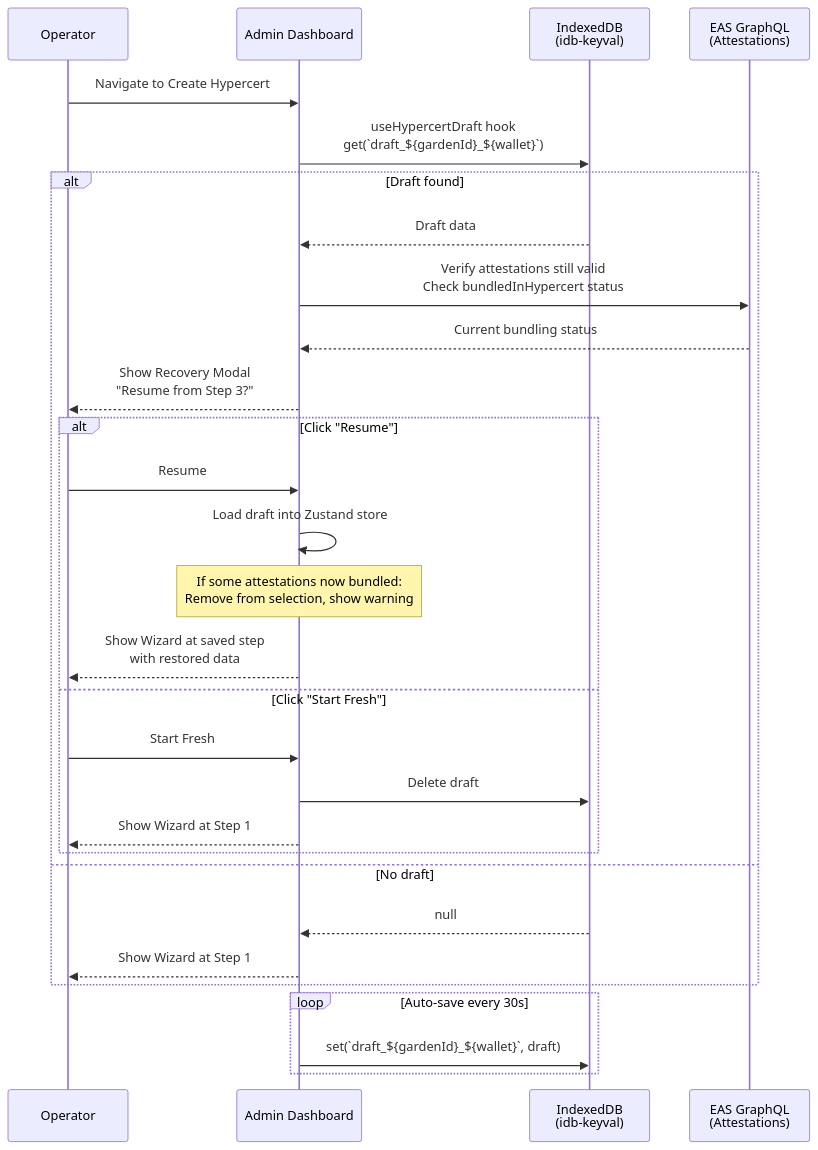
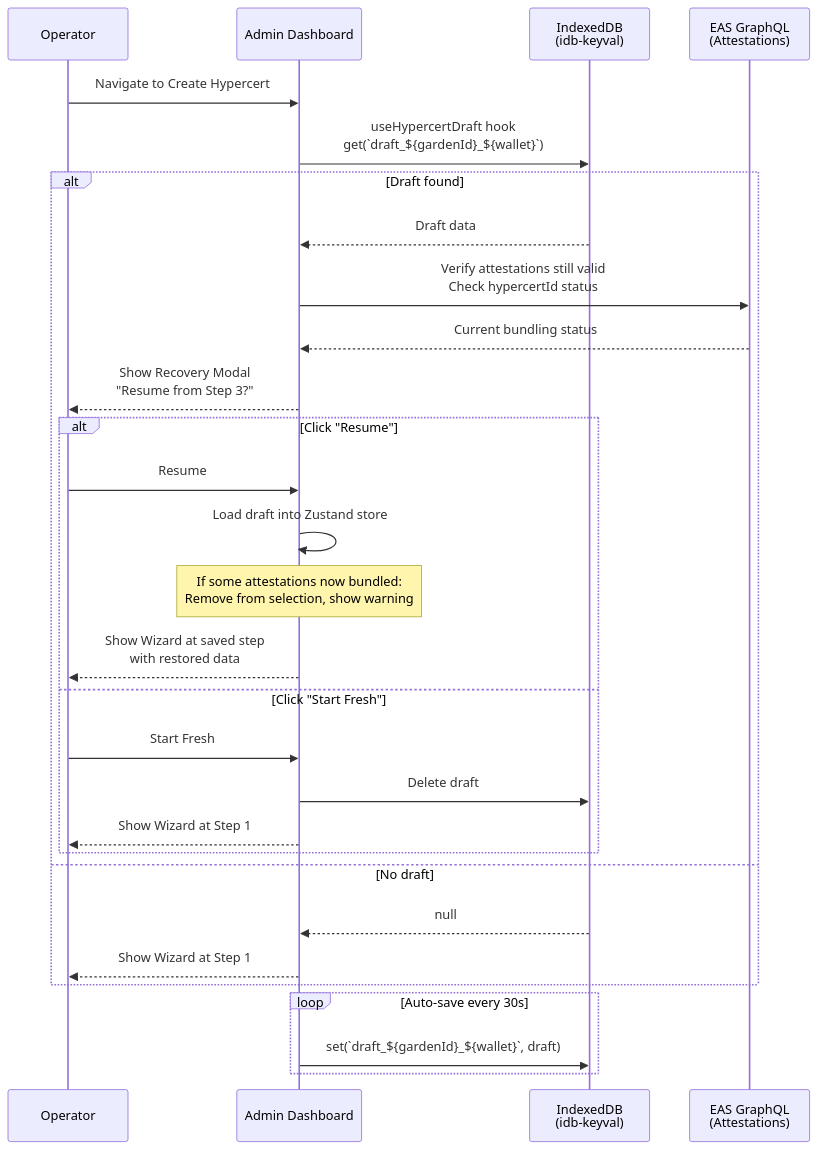
One commit to greenpill-dev-guild/green-goods changed diagram 11 of 12 in docs/docs/specs/hypercerts/technical-spec.md. Above: the diagram before and after it, drawn with Mermaid. The commit also changed other lines of this file and 28 other files, not shown here.

````diff
--- a/docs/docs/specs/hypercerts/technical-spec.md
+++ b/docs/docs/specs/hypercerts/technical-spec.md
@@ -1492,38 +1479,38 @@
 ```mermaid
 sequenceDiagram
     participant Op as Operator
     participant Admin as Admin Dashboard
     participant IDB as IndexedDB<br/>(idb-keyval)
     participant EAS as EAS GraphQL<br/>(Attestations)
 
     Op->>Admin: Navigate to Create Hypercert
 
     Admin->>IDB: useHypercertDraft hook<br/>get(`draft_${gardenId}_${wallet}`)
 
     alt Draft found
         IDB-->>Admin: Draft data
 
-        Admin->>EAS: Verify attestations still valid<br/>Check bundledInHypercert status
+        Admin->>EAS: Verify attestations still valid<br/>Check hypercertId status
         EAS-->>Admin: Current bundling status
 
         Admin-->>Op: Show Recovery Modal<br/>"Resume from Step 3?"
 
         alt Click "Resume"
             Op->>Admin: Resume
             Admin->>Admin: Load draft into Zustand store
             Note over Admin: If some attestations now bundled:<br/>Remove from selection, show warning
             Admin-->>Op: Show Wizard at saved step<br/>with restored data
         else Click "Start Fresh"
             Op->>Admin: Start Fresh
             Admin->>IDB: Delete draft
             Admin-->>Op: Show Wizard at Step 1
         end
     else No draft
         IDB-->>Admin: null
         Admin-->>Op: Show Wizard at Step 1
     end
 
     loop Auto-save every 30s
         Admin->>IDB: set(`draft_${gardenId}_${wallet}`, draft)
     end
 ```
````
